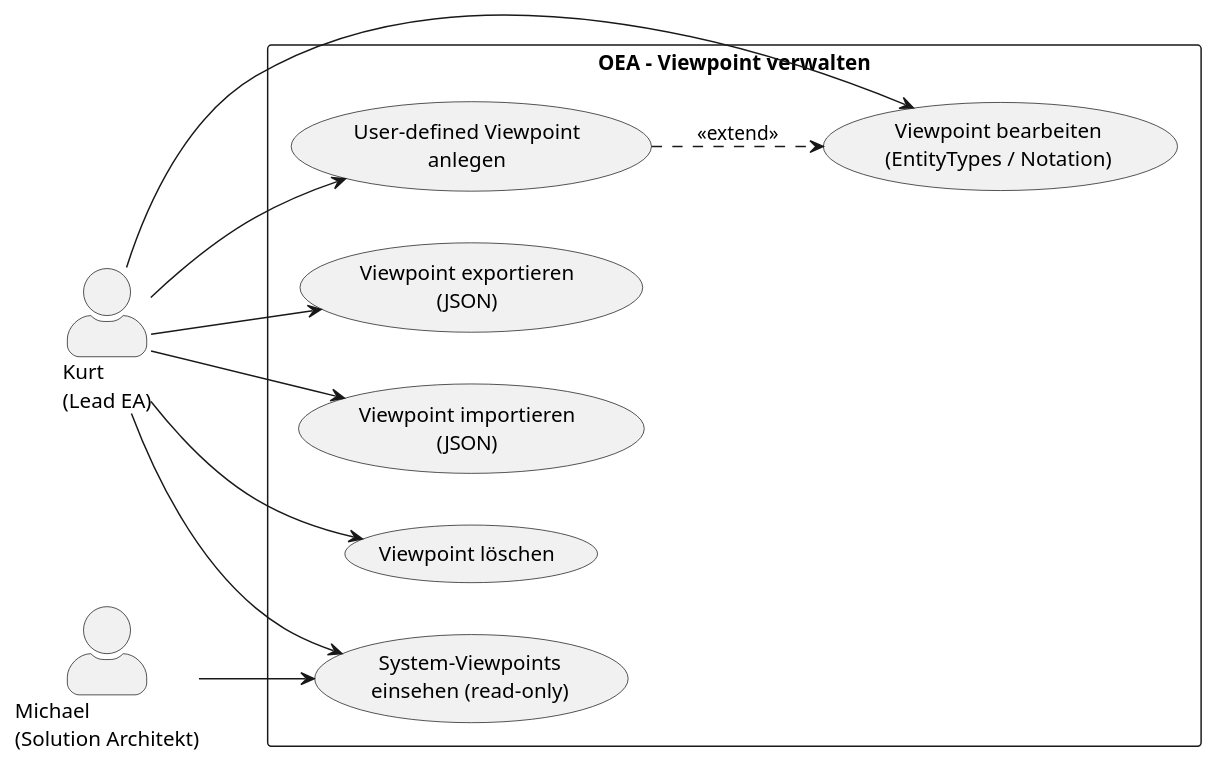
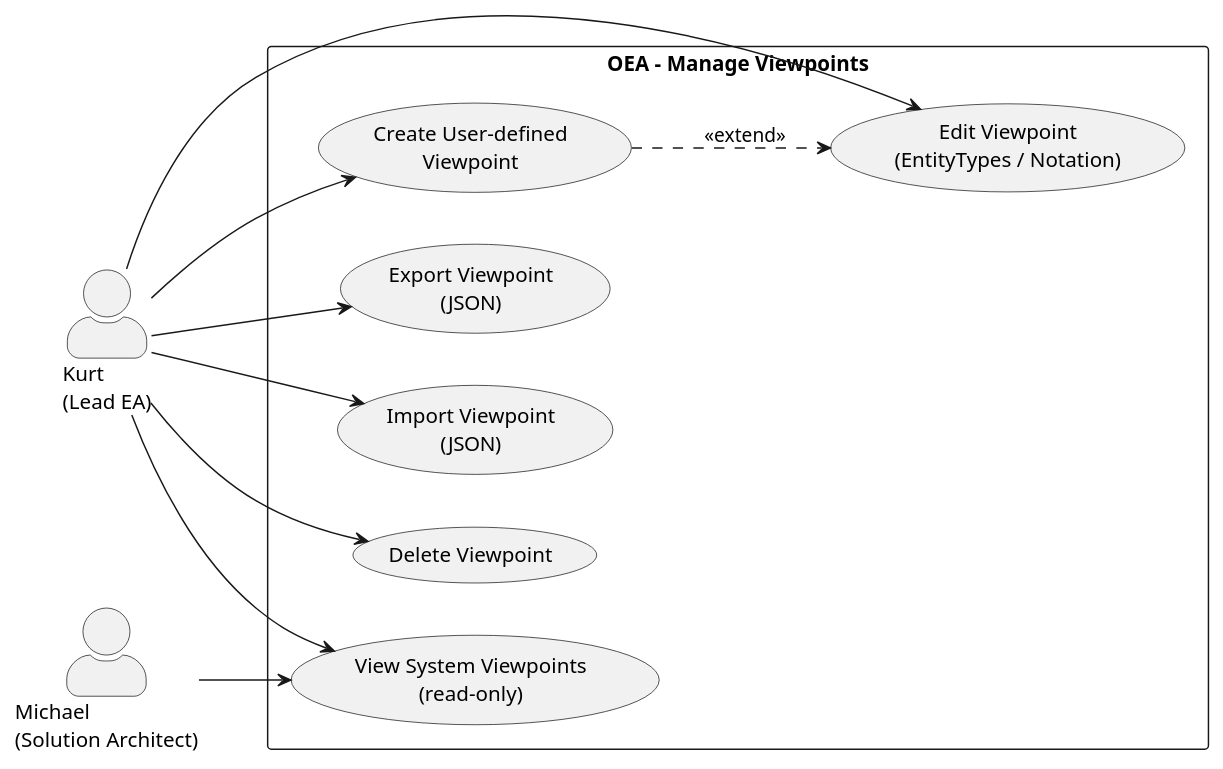
One commit to open-enterprise-architecture/OEA changed the diagram in requirements/use-cases/UC-12-manage-viewpoints.md. Above: the diagram before and after it, drawn with PlantUML. The commit also changed other lines of this file and 630 other files, not shown here.

````diff
--- a/requirements/use-cases/UC-12-manage-viewpoints.md
+++ b/requirements/use-cases/UC-12-manage-viewpoints.md
@@ -37,28 +37,28 @@
 ```plantuml
 @startuml UC-12-Viewpoint
 left to right direction
 skinparam actorStyle awesome
 
 actor "Kurt\n(Lead EA)" as Kurt
-actor "Michael\n(Solution Architekt)" as Michael
+actor "Michael\n(Solution Architect)" as Michael
 
-rectangle "OEA – Viewpoint verwalten" {
-  usecase "User-defined Viewpoint\nanlegen" as UC_Create
-  usecase "Viewpoint bearbeiten\n(EntityTypes / Notation)" as UC_Edit
-  usecase "Viewpoint exportieren\n(JSON)" as UC_Export
-  usecase "Viewpoint importieren\n(JSON)" as UC_Import
-  usecase "Viewpoint löschen" as UC_Delete
-  usecase "System-Viewpoints\neinsehen (read-only)" as UC_System
+rectangle "OEA – Manage Viewpoints" {
+  usecase "Create User-defined\nViewpoint" as UC_Create
+  usecase "Edit Viewpoint\n(EntityTypes / Notation)" as UC_Edit
+  usecase "Export Viewpoint\n(JSON)" as UC_Export
+  usecase "Import Viewpoint\n(JSON)" as UC_Import
+  usecase "Delete Viewpoint" as UC_Delete
+  usecase "View System Viewpoints\n(read-only)" as UC_System
 }
 
 Kurt --> UC_Create
 Kurt --> UC_Edit
 Kurt --> UC_Export
 Kurt --> UC_Import
 Kurt --> UC_Delete
 Kurt --> UC_System
 Michael --> UC_System
 
 UC_Create ..> UC_Edit : <<extend>>
 @enduml
 ```
````
